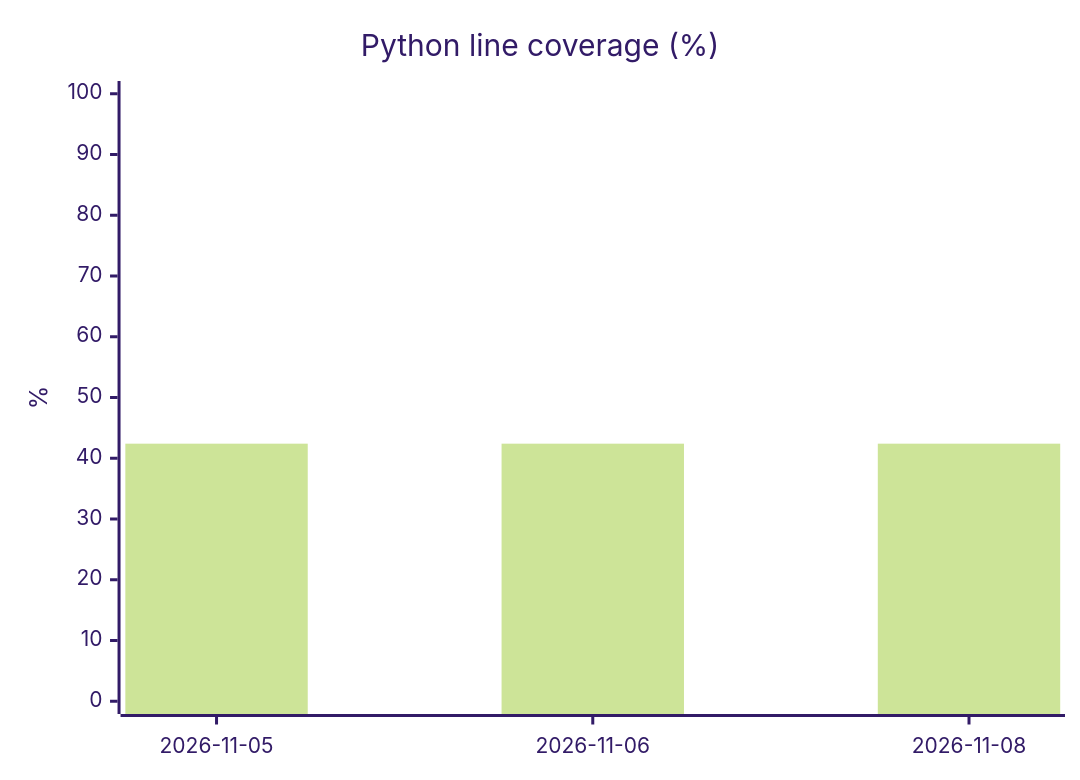
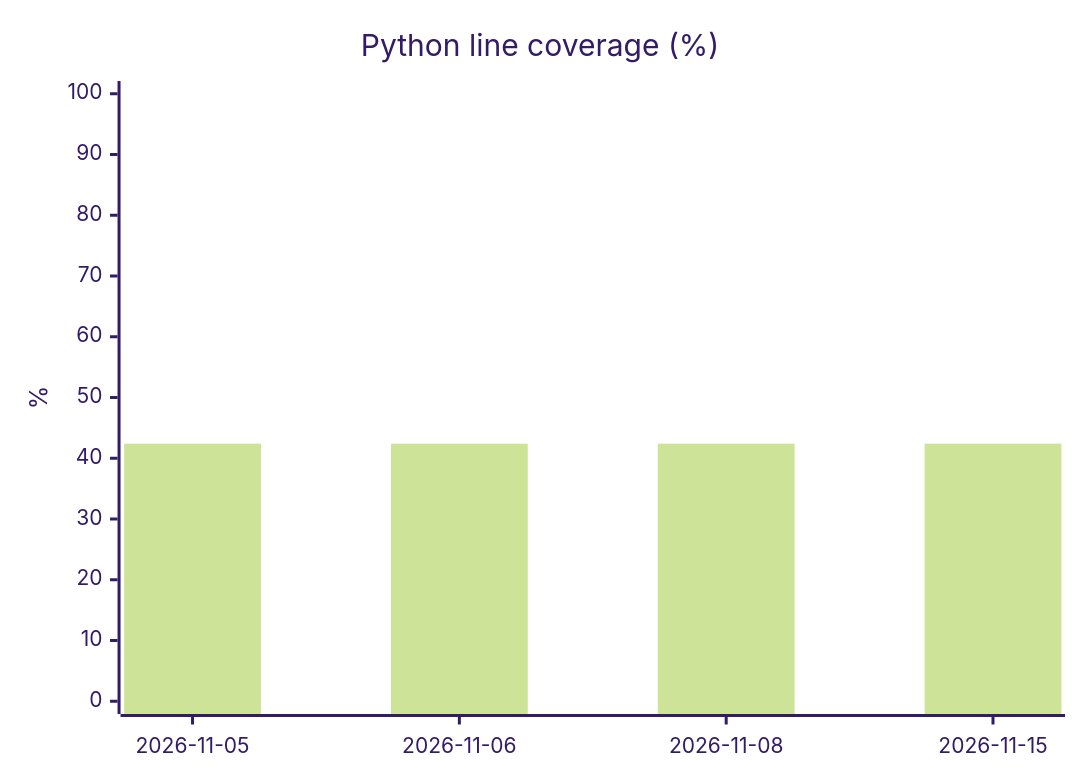
The third of 3 diagrams in README.md (SCIInstitute/ShapeWorks), drawn with Mermaid (forest theme) before and after one commit. The commit also changed other lines of this file and 1 other file, not shown here.

````diff
--- a/README.md
+++ b/README.md
@@ -31,7 +31,7 @@
 ```mermaid
 xychart-beta
     title "Python line coverage (%)"
-    x-axis ["2026-11-05", "2026-11-06", "2026-11-08"]
+    x-axis ["2026-11-05", "2026-11-06", "2026-11-08", "2026-11-15"]
     y-axis "%" 0 --> 100
-    bar [42.4, 42.4, 42.4]
+    bar [42.4, 42.4, 42.4, 42.4]
 ```
````
